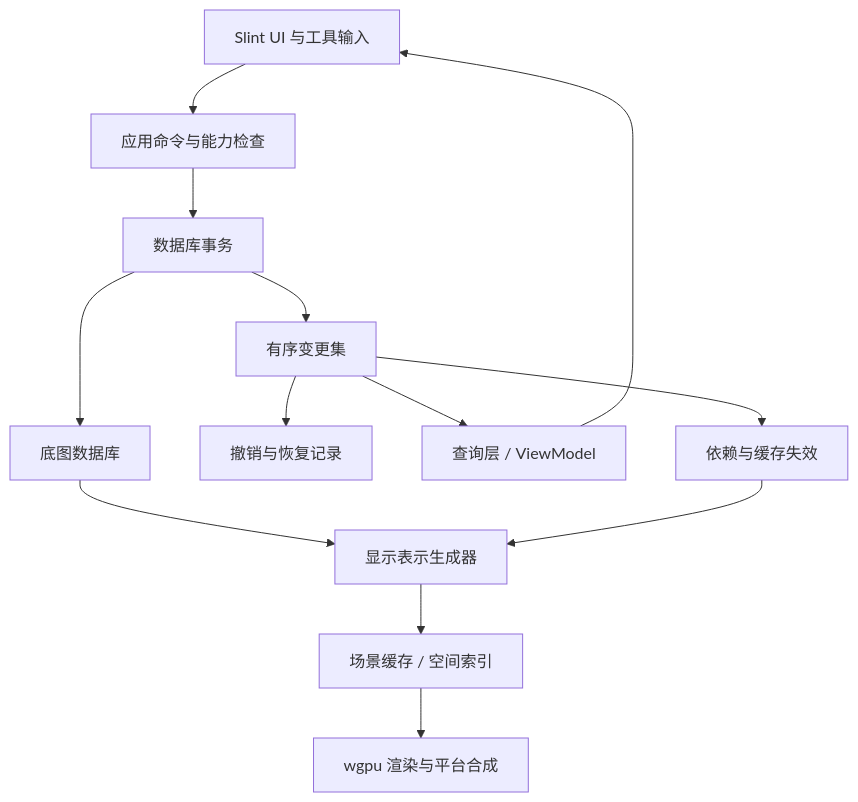
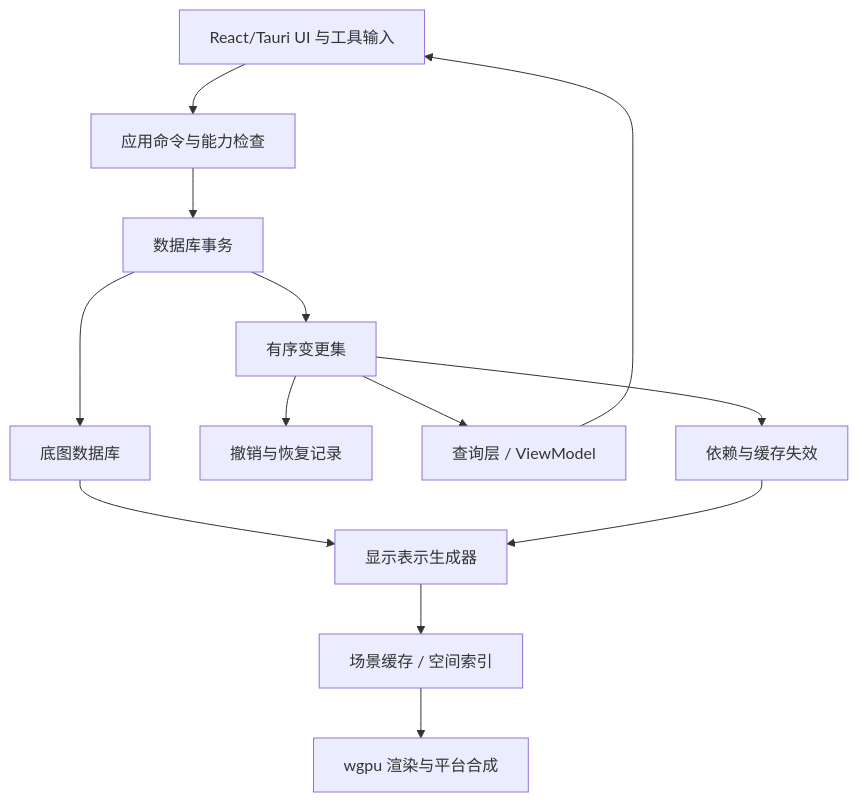
One commit to zenglanmu/yacr changed the diagram in CAD_IMPLEMENTATION_SPEC.md. Above: the diagram before and after it, drawn with Mermaid. The commit also changed other lines of this file and 374 other files, not shown here.

First line of the commit message:
feat(linux): React/Tauri desktop host with native Wayland; fix complex-scene pan

````diff
--- a/CAD_IMPLEMENTATION_SPEC.md
+++ b/CAD_IMPLEMENTATION_SPEC.md
@@ -126,15 +136,15 @@
 ```mermaid
 flowchart TD
-    UI["Slint UI 与工具输入"] --> CMD["应用命令与能力检查"]
+    UI["React/Tauri UI 与工具输入"] --> CMD["应用命令与能力检查"]
     CMD --> TX["数据库事务"]
     TX --> DB["底图数据库"]
     TX --> CS["有序变更集"]
     CS --> HIST["撤销与恢复记录"]
     CS --> VM["查询层 / ViewModel"]
     VM --> UI
     CS --> INV["依赖与缓存失效"]
     DB --> REP["显示表示生成器"]
     INV --> REP
     REP --> SC["场景缓存 / 空间索引"]
     SC --> GPU["wgpu 渲染与平台合成"]
 ```
````
